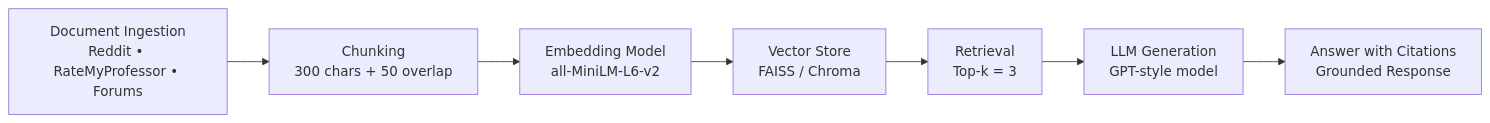
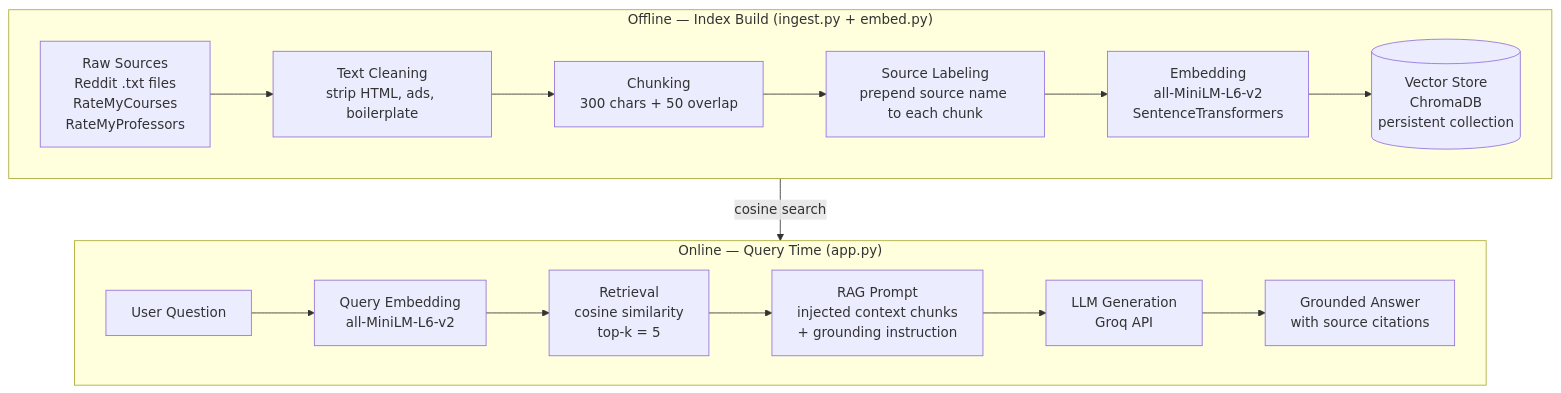
One commit to issaouedraogo/ai201-project1-unofficial-guide-starter changed the diagram in planning.md. Above: the diagram before and after it, drawn with Mermaid.

Commit message:
codePath: project 1, unofficial-guide

````diff
--- a/planning.md
+++ b/planning.md
@@ -106,21 +106,25 @@
 ```mermaid
-flowchart LR
+flowchart TB
 
-A[Document Ingestion<br/>Reddit • RateMyProfessor • Forums] -->
-B[Chunking<br/>300 chars + 50 overlap]
+subgraph OFFLINE ["Offline — Index Build (ingest.py + embed.py)"]
+  direction LR
+  A["Raw Sources<br/>Reddit .txt files<br/>RateMyCourses<br/>RateMyProfessors"] -->
+  B["Text Cleaning<br/>strip HTML, ads, boilerplate"] -->
+  C["Chunking<br/>300 chars + 50 overlap"] -->
+  D["Source Labeling<br/>prepend source name to each chunk"] -->
+  E["Embedding<br/>all-MiniLM-L6-v2<br/>SentenceTransformers"] -->
+  F[("Vector Store<br/>ChromaDB<br/>persistent collection")]
+end
 
-B -->
-C[Embedding Model<br/>all-MiniLM-L6-v2]
+subgraph ONLINE ["Online — Query Time (app.py)"]
+  direction LR
+  G["User Question"] -->
+  H["Query Embedding<br/>all-MiniLM-L6-v2"] -->
+  I["Retrieval<br/>cosine similarity<br/>top-k = 5"] -->
+  J["RAG Prompt<br/>injected context chunks<br/>+ grounding instruction"] -->
+  K["LLM Generation<br/>Groq API"] -->
+  L["Grounded Answer<br/>with source citations"]
+end
 
-C -->
-D[Vector Store<br/>FAISS / Chroma]
-
-D -->
-E[Retrieval<br/>Top-k = 3]
-
-E -->
-F[LLM Generation<br/>GPT-style model]
-
-F -->
-G[Answer with Citations<br/>Grounded Response]
+F -->|"cosine search"| I
 ```
````
